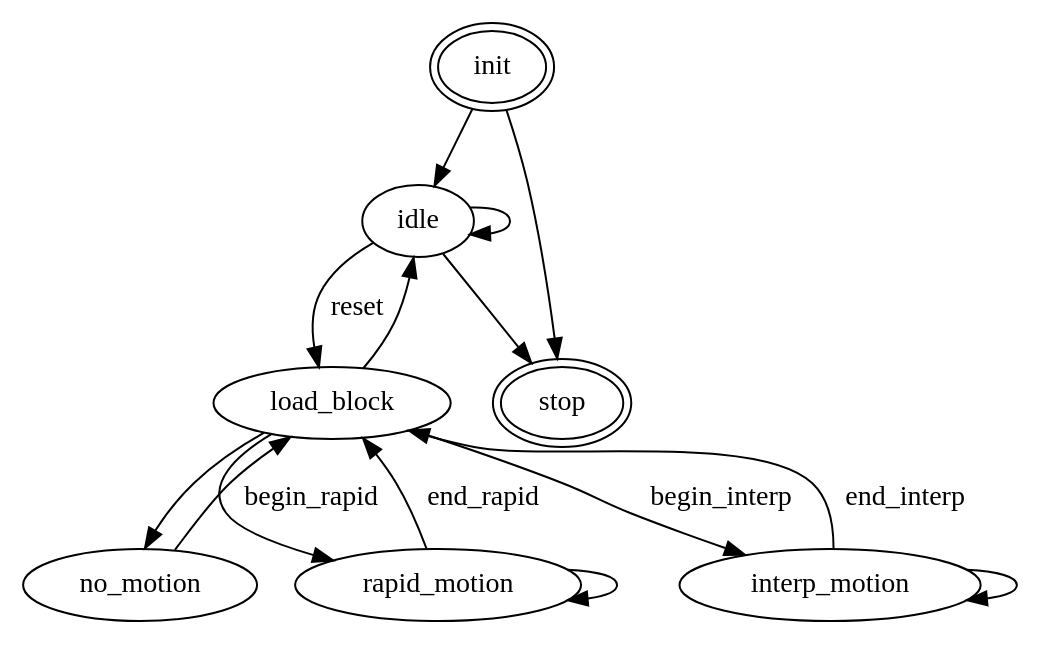
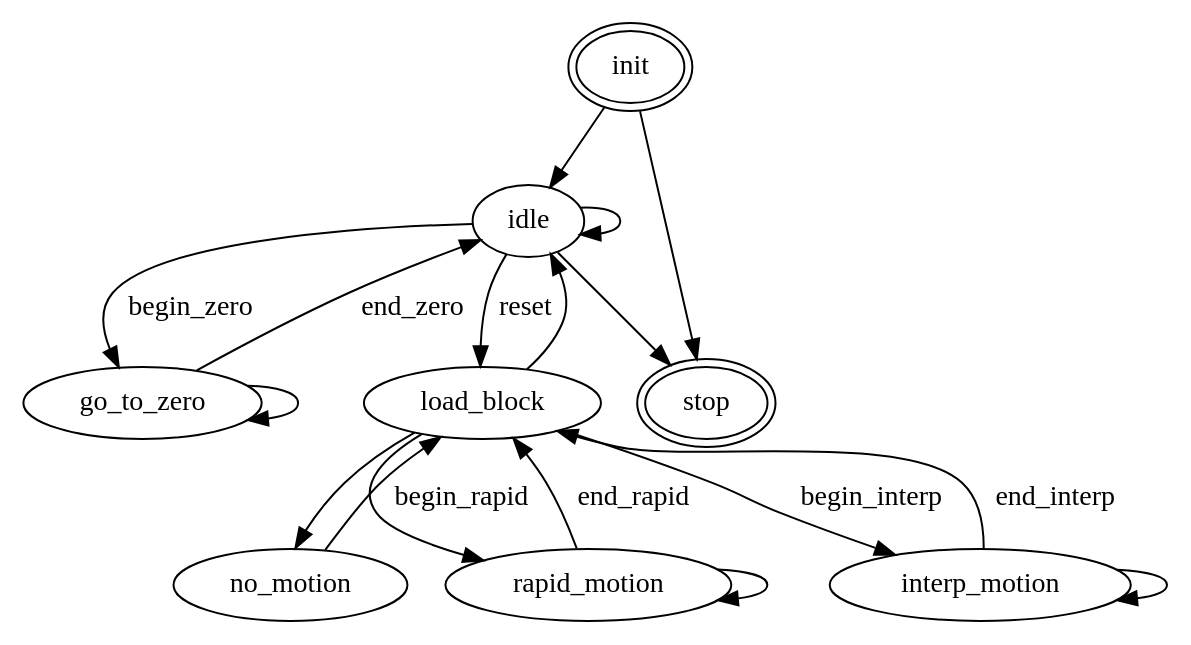
The diagram in src/fsm.dot (Marcosterlo/DM), drawn with Graphviz before and after one commit. The commit also changed 13 other files, not shown here.

```diff
--- a/src/fsm.dot
+++ b/src/fsm.dot
@@ -1,36 +1,40 @@
 #    ____       ____ _   _  ____ 
 #   / ___|     / ___| \ | |/ ___|
 #  | |   _____| |   |  \| | |    
 #  | |__|_____| |___| |\  | |___ 
 #   \____|     \____|_| \_|\____|                              
 # Finite state machine description for C-CNC
 # Generate the code with the following command, run from the project root:
 # gv_fsm src/fsm.dot -o src/fsm -p C-CNC -d "Finite state machine for C-CNC" -x ccnc -k stop -l
 digraph "C-CNC" {
   # List of states
   # Mark pure sink and pure source states with double border (purely cosmetic)
   init [peripheries=2]
+  go_to_zero
   idle
   load_block
   no_motion
   rapid_motion
   interp_motion
   stop [peripheries=2]
 
   # List of transitions
   # Add a label if you want a transition function
   init -> idle
   init -> stop
   idle -> idle
+  idle -> go_to_zero [label="begin_zero"]
+  go_to_zero -> go_to_zero
+  go_to_zero -> idle [label="end_zero"]
   idle -> load_block [label="reset"]
   load_block -> no_motion
   no_motion -> load_block
   load_block -> rapid_motion [label="begin_rapid"]
   rapid_motion -> rapid_motion
   rapid_motion -> load_block [label="end_rapid"]
   load_block -> interp_motion [label="begin_interp"]
   interp_motion -> interp_motion
   interp_motion -> load_block [label="end_interp"]
   load_block -> idle
   idle -> stop
 }
```
